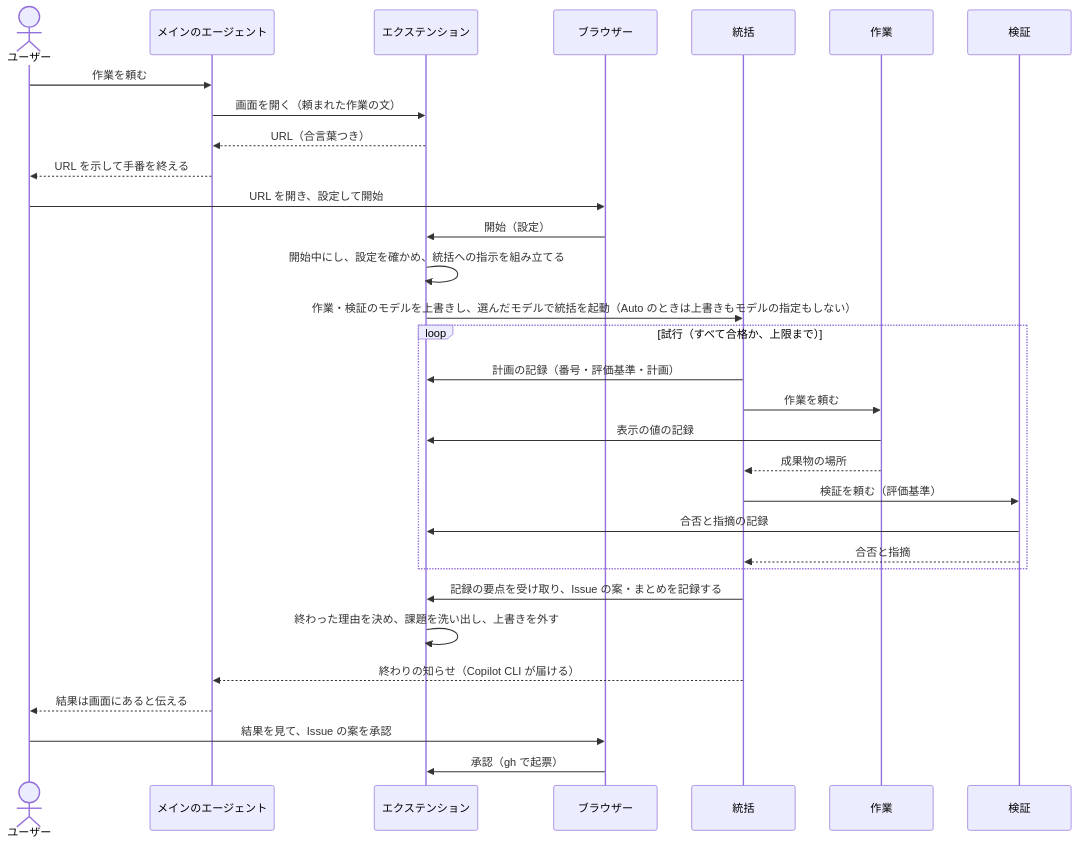
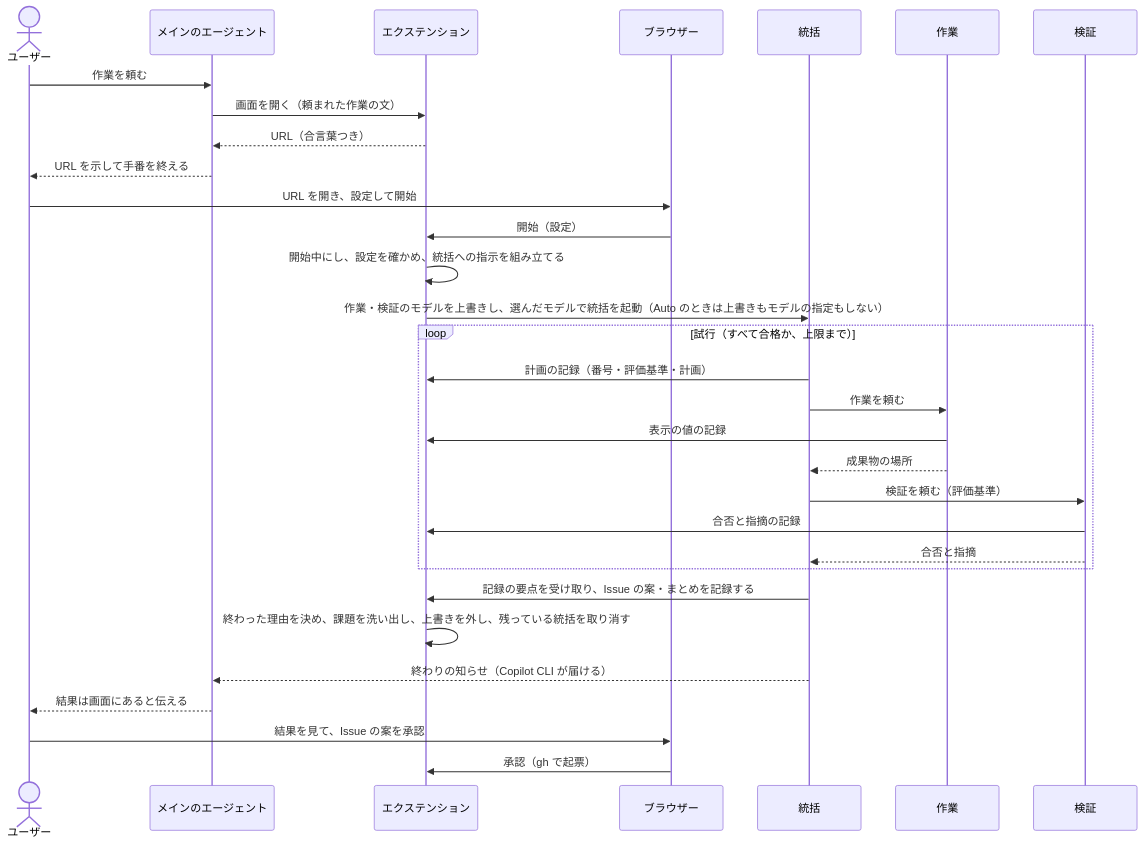
One commit to imaeda-hub/plugin-creater changed the second of 4 diagrams in docs/design/generated-plugin-structure.md. Above: the diagram before and after it, drawn with Mermaid. The commit also changed other lines of this file and 2 other files, not shown here.

````diff
--- a/docs/design/generated-plugin-structure.md
+++ b/docs/design/generated-plugin-structure.md
@@ -288,34 +295,34 @@
 ```mermaid
 sequenceDiagram
   actor U as ユーザー
   participant M as メインのエージェント
   participant E as エクステンション
   participant B as ブラウザー
   participant O as 統括
   participant W as 作業
   participant V as 検証
 
   U->>M: 作業を頼む
   M->>E: 画面を開く（頼まれた作業の文）
   E-->>M: URL（合言葉つき）
   M-->>U: URL を示して手番を終える
   U->>B: URL を開き、設定して開始
   B->>E: 開始（設定）
   E->>E: 開始中にし、設定を確かめ、統括への指示を組み立てる
   E->>O: 作業・検証のモデルを上書きし、選んだモデルで統括を起動（Auto のときは上書きもモデルの指定もしない）
   loop 試行（すべて合格か、上限まで）
     O->>E: 計画の記録（番号・評価基準・計画）
     O->>W: 作業を頼む
     W->>E: 表示の値の記録
     W-->>O: 成果物の場所
     O->>V: 検証を頼む（評価基準）
     V->>E: 合否と指摘の記録
     V-->>O: 合否と指摘
   end
   O->>E: 記録の要点を受け取り、Issue の案・まとめを記録する
-  E->>E: 終わった理由を決め、課題を洗い出し、上書きを外す
+  E->>E: 終わった理由を決め、課題を洗い出し、上書きを外し、残っている統括を取り消す
   O-->>M: 終わりの知らせ（Copilot CLI が届ける）
   M-->>U: 結果は画面にあると伝える
   U->>B: 結果を見て、Issue の案を承認
   B->>E: 承認（gh で起票）
 ```
````
